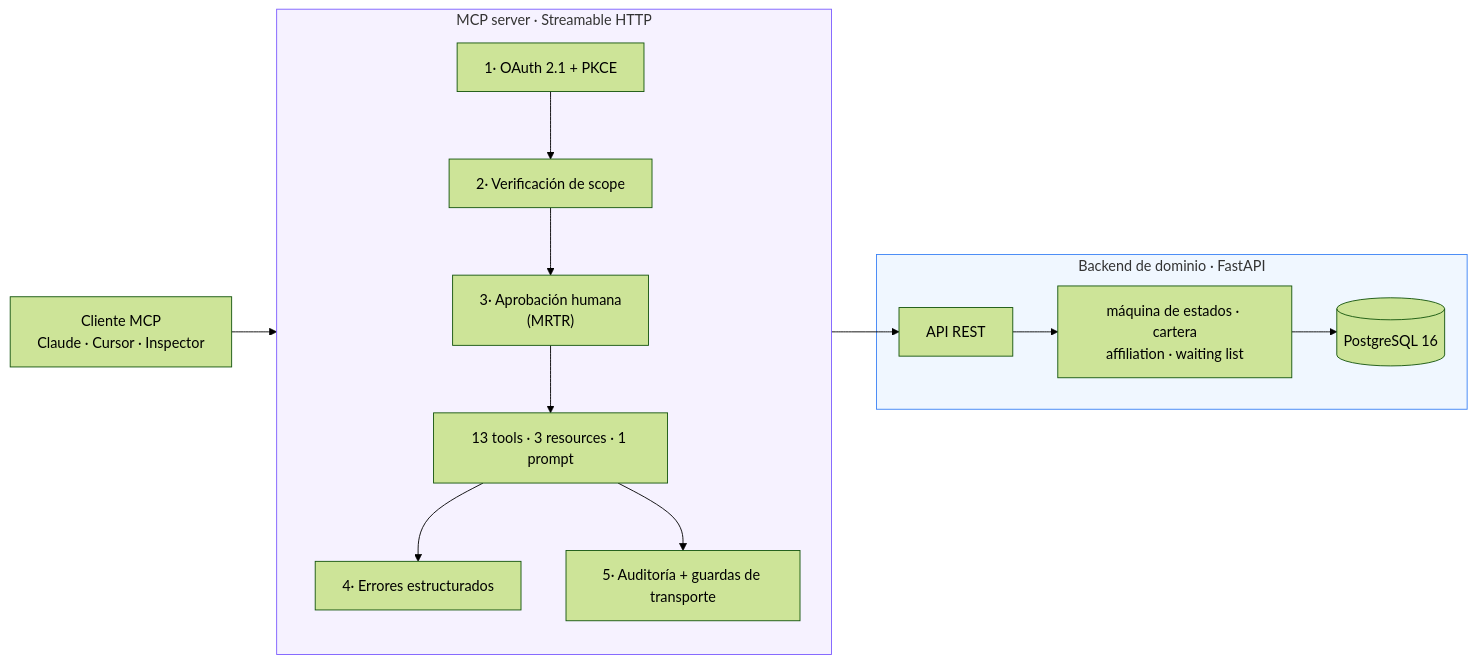
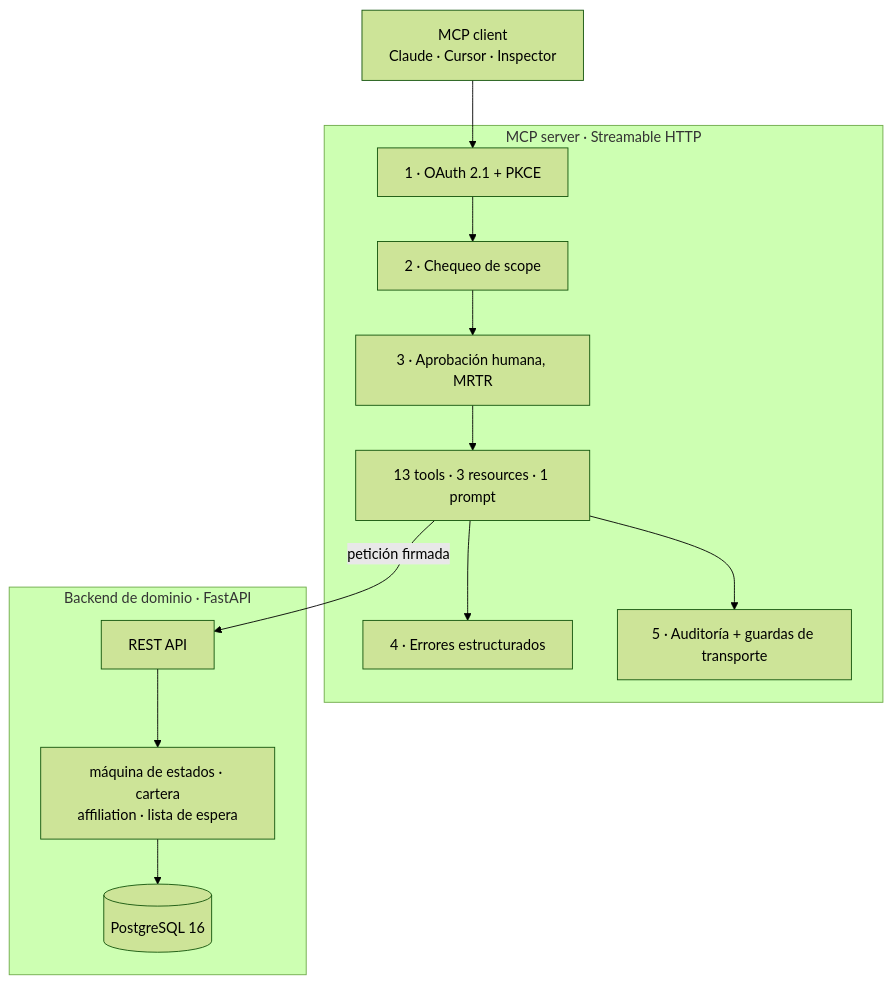
The diagram in README.es.md (dylanbc1/dental-clinic-mcp-server), drawn with Mermaid (forest theme) before and after one commit. The commit also changed 3 other files, not shown here.

First line of the commit message:
docs: shrink the diagrams GitHub was refusing to render

````diff
--- a/README.es.md
+++ b/README.es.md
@@ -62,17 +62,23 @@
 ```mermaid
-flowchart LR
-    C["Cliente MCP<br/>Claude · Cursor · Inspector"]
+flowchart TB
+    C["MCP client<br/>Claude · Cursor · Inspector"]
     subgraph mcp["MCP server · Streamable HTTP"]
-      direction TB
-      A1["1· OAuth 2.1 + PKCE"] --> A2["2· Verificación de scope"] --> A3["3· Aprobación humana<br/>(MRTR)"] --> T["13 tools · 3 resources · 1 prompt"]
-      T --> A4["4· Errores estructurados"]
-      T --> A5["5· Auditoría + guardas de transporte"]
+      A1["1 · OAuth 2.1 + PKCE"]
+      A2["2 · Chequeo de scope"]
+      A3["3 · Aprobación humana, MRTR"]
+      T["13 tools · 3 resources · 1 prompt"]
+      A4["4 · Errores estructurados"]
+      A5["5 · Auditoría + guardas de transporte"]
+      A1 --> A2 --> A3 --> T
+      T --> A4
+      T --> A5
     end
     subgraph be["Backend de dominio · FastAPI"]
-      API["API REST"] --> DOM["máquina de estados · cartera<br/>affiliation · waiting list"] --> DB[("PostgreSQL 16")]
+      API["REST API"]
+      DOM["máquina de estados · cartera<br/>affiliation · lista de espera"]
+      DB[("PostgreSQL 16")]
+      API --> DOM --> DB
     end
     C --> A1
-    T --> API
-    style mcp fill:#f6f2ff,stroke:#7c5cff
-    style be fill:#f0f7ff,stroke:#3b82f6
+    T -->|"petición firmada"| API
 ```
````
